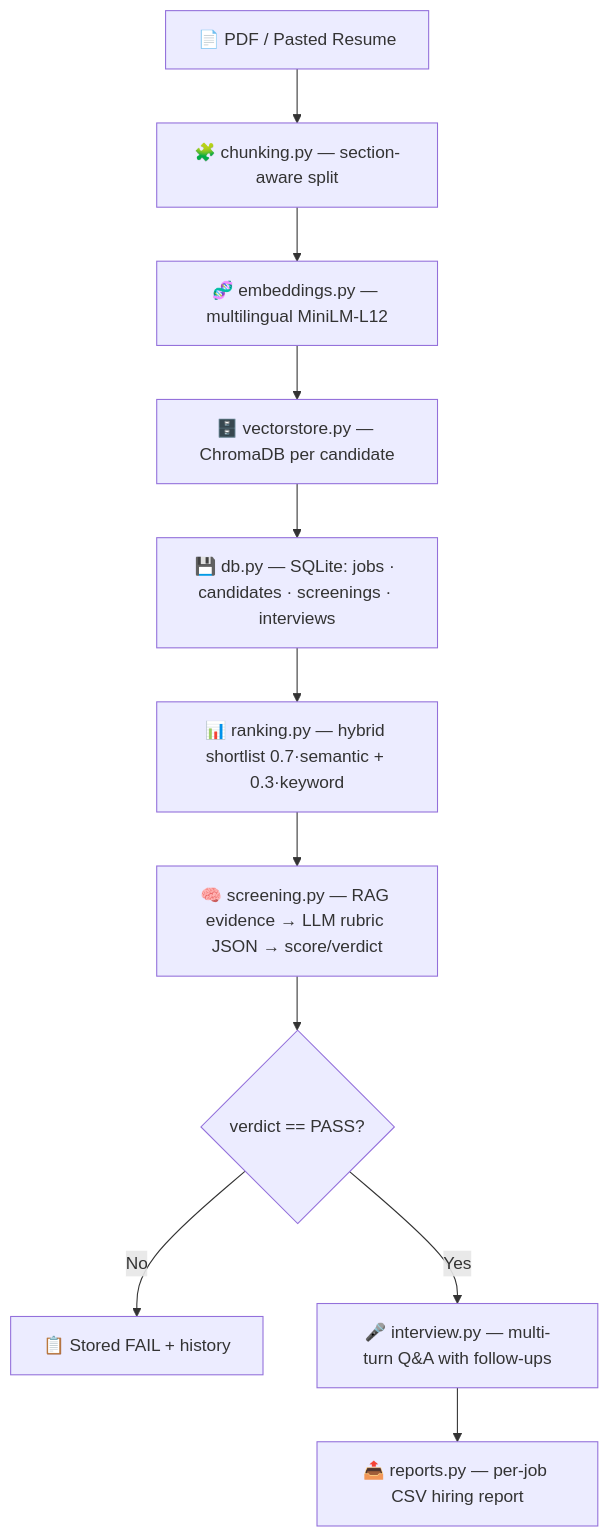
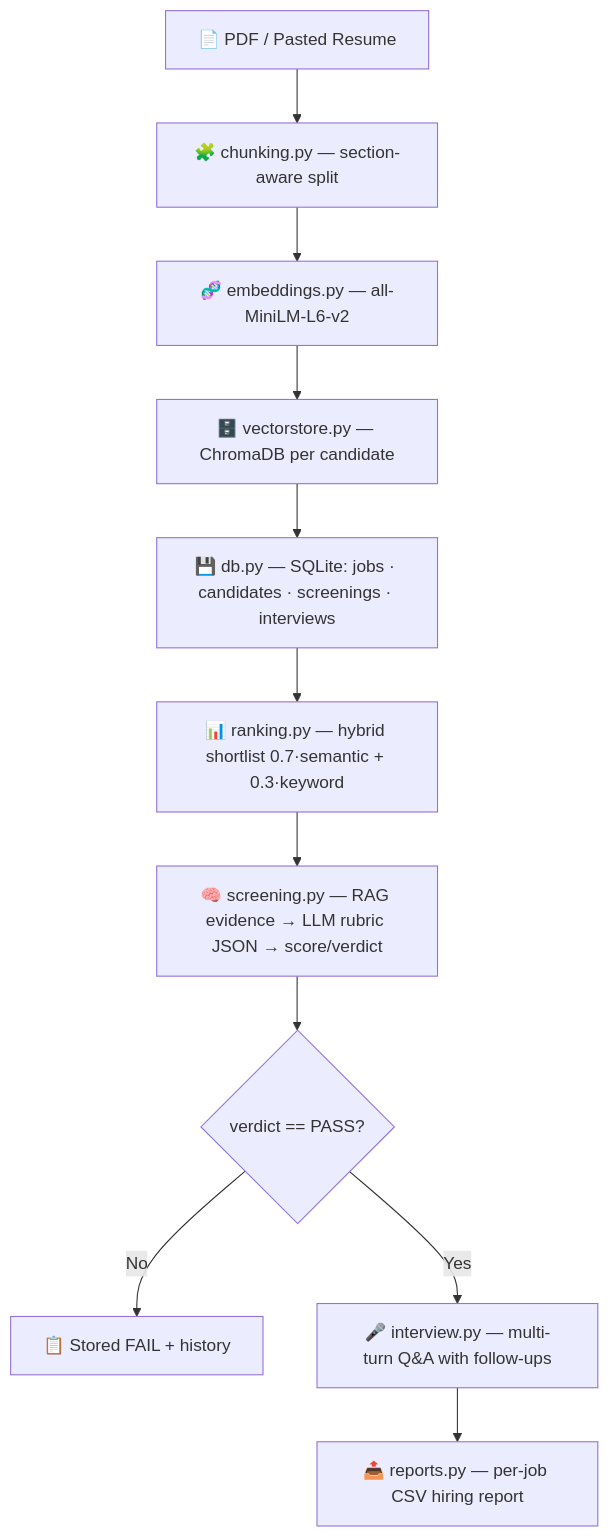
One commit to Ankush1461/ai-recruitment-system changed the diagram in MANUAL.md. Above: the diagram before and after it, drawn with Mermaid. The commit also changed other lines of this file and 5 other files, not shown here.

````diff
--- a/MANUAL.md
+++ b/MANUAL.md
@@ -65,13 +59,13 @@
 ```mermaid
 flowchart TD
     A[📄 PDF / Pasted Resume] --> B[🧩 chunking.py — section-aware split]
-    B --> C[🧬 embeddings.py — multilingual MiniLM-L12]
+    B --> C[🧬 embeddings.py — all-MiniLM-L6-v2]
     C --> D[🗄️ vectorstore.py — ChromaDB per candidate]
     D --> E[💾 db.py — SQLite: jobs · candidates · screenings · interviews]
     E --> F[📊 ranking.py — hybrid shortlist 0.7·semantic + 0.3·keyword]
     F --> G[🧠 screening.py — RAG evidence → LLM rubric JSON → score/verdict]
     G --> H{verdict == PASS?}
     H -- No --> I[📋 Stored FAIL + history]
     H -- Yes --> J[🎤 interview.py — multi-turn Q&A with follow-ups]
     J --> K[📤 reports.py — per-job CSV hiring report]
 ```
````
